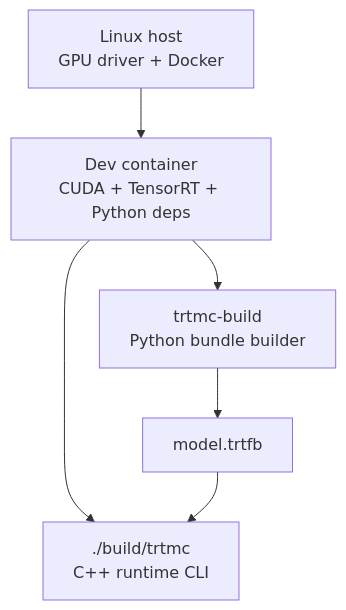
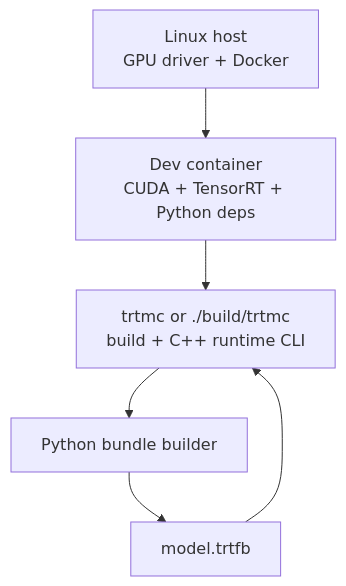
One commit to AbishekCoder1/TensorRT-Model-Connect changed the diagram in website/docs/getting-started/environment-and-repro.md. Above: the diagram before and after it, drawn with Mermaid. The commit also changed other lines of this file and 200 other files, not shown here.

First line of the commit message:
feat(cli): package unified trtmc command (#97)

````diff
--- a/website/docs/getting-started/environment-and-repro.md
+++ b/website/docs/getting-started/environment-and-repro.md
@@ -9,8 +9,8 @@
 ```mermaid
 flowchart TB
   Host["Linux host<br/>GPU driver + Docker"] --> Container["Dev container<br/>CUDA + TensorRT + Python deps"]
-  Container --> Builder["trtmc-build<br/>Python bundle builder"]
-  Container --> Runtime["./build/trtmc<br/>C++ runtime CLI"]
+  Container --> Runtime["trtmc or ./build/trtmc<br/>build + C++ runtime CLI"]
+  Runtime --> Builder["Python bundle builder"]
   Builder --> Bundle["model.trtfb"]
   Bundle --> Runtime
 ```
````
